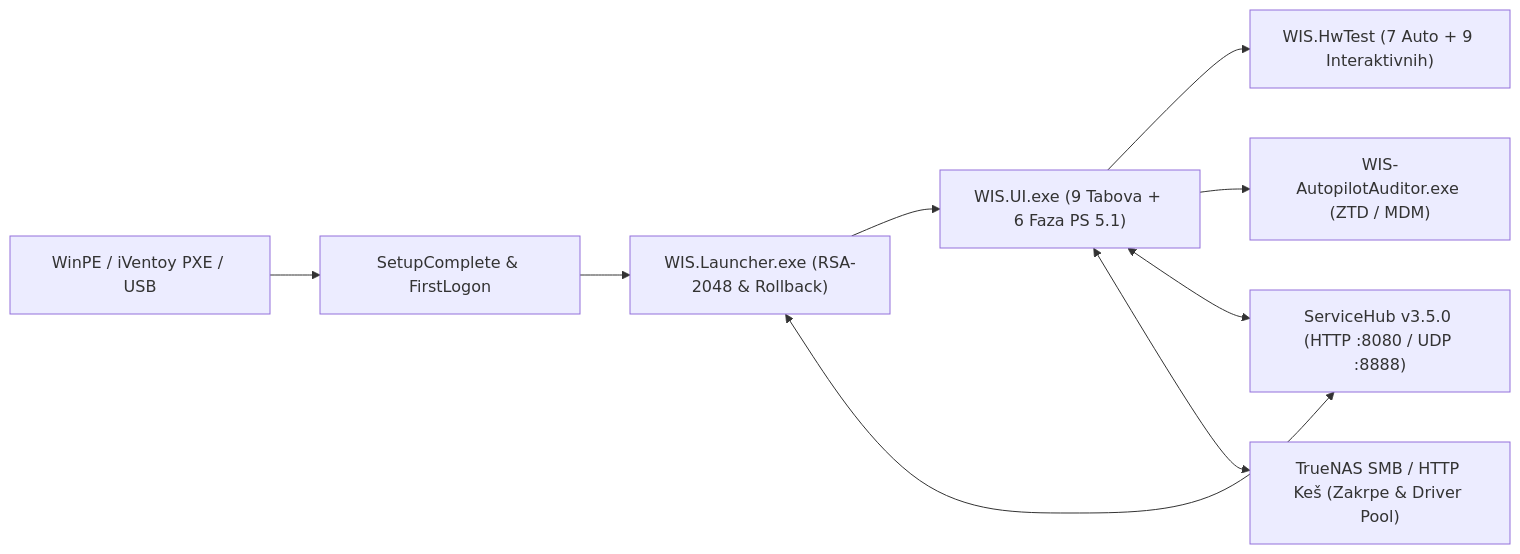
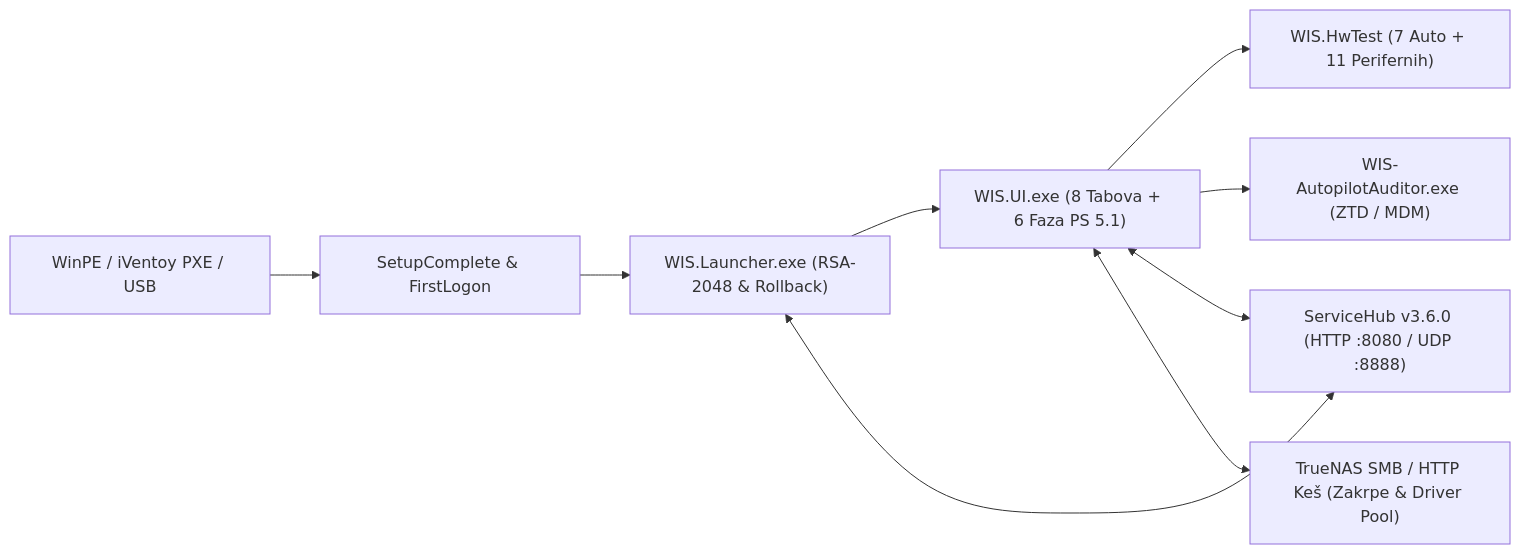
The diagram in README.md (Gruya13/WIS), drawn with Mermaid before and after one commit. The commit also changed other lines of this file and 64 other files, not shown here.

Commit message:
release(wis): WIS v3.4.0 / ServiceHub v3.6.0 — UI/UX redizajn, HWT-01..07 i IMP-01..18 (WIS-TASK-261, WIS-TASK-262, WIS-TASK-263)

````diff
--- a/README.md
+++ b/README.md
@@ -27,11 +27,11 @@
 ```mermaid
 flowchart LR
     PXE["WinPE / iVentoy PXE / USB"] --> BOOT["SetupComplete & FirstLogon"]
     BOOT --> LAUNCHER["WIS.Launcher.exe (RSA-2048 & Rollback)"]
-    LAUNCHER --> UI["WIS.UI.exe (9 Tabova + 6 Faza PS 5.1)"]
-    UI --> HWTEST["WIS.HwTest (7 Auto + 9 Interaktivnih)"]
+    LAUNCHER --> UI["WIS.UI.exe (8 Tabova + 6 Faza PS 5.1)"]
+    UI --> HWTEST["WIS.HwTest (7 Auto + 11 Perifernih)"]
     UI --> AUDITOR["WIS-AutopilotAuditor.exe (ZTD / MDM)"]
-    LAUNCHER <--> HUB["ServiceHub v3.5.0 (HTTP :8080 / UDP :8888)"]
+    LAUNCHER <--> HUB["ServiceHub v3.6.0 (HTTP :8080 / UDP :8888)"]
     UI <--> HUB
     UI <--> NAS["TrueNAS SMB / HTTP Keš (Zakrpe & Driver Pool)"]
 ```
````
